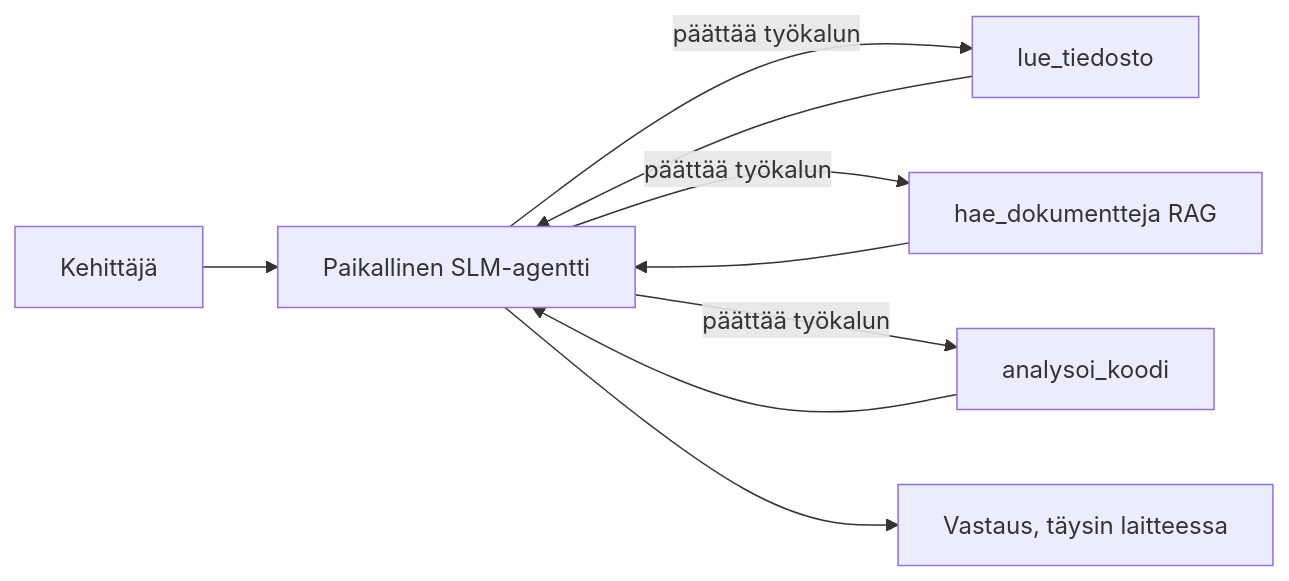
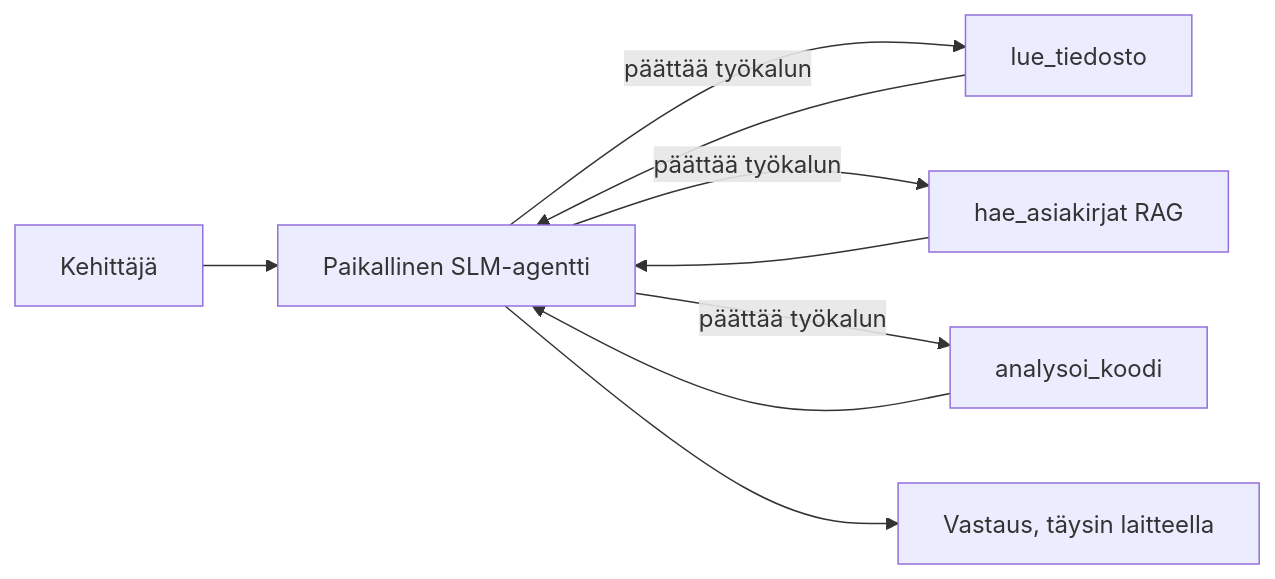
One commit to gabrielmoreira/agent-skills-mirror changed the first of 4 diagrams in mirrors/repos/microsoft@ai-agents-for-beginners/translations/fi/17-creating-local-ai-agents/README.md. Above: the diagram before and after it, drawn with Mermaid. The commit also changed other lines of this file and 4262 other files, not shown here.

````diff
--- a/mirrors/repos/microsoft@ai-agents-for-beginners/translations/fi/17-creating-local-ai-agents/README.md
+++ b/mirrors/repos/microsoft@ai-agents-for-beginners/translations/fi/17-creating-local-ai-agents/README.md
@@ -66,11 +66,11 @@
 ```mermaid
 flowchart LR
     U[Kehittäjä] --> A[Paikallinen SLM-agentti]
     A -->|päättää työkalun| T1[lue_tiedosto]
-    A -->|päättää työkalun| T2[hae_dokumentteja RAG]
+    A -->|päättää työkalun| T2[hae_asiakirjat RAG]
     A -->|päättää työkalun| T3[analysoi_koodi]
     T1 --> A
     T2 --> A
     T3 --> A
-    A --> R[Vastaus, täysin laitteessa]
+    A --> R[Vastaus, täysin laitteella]
 ```
````
